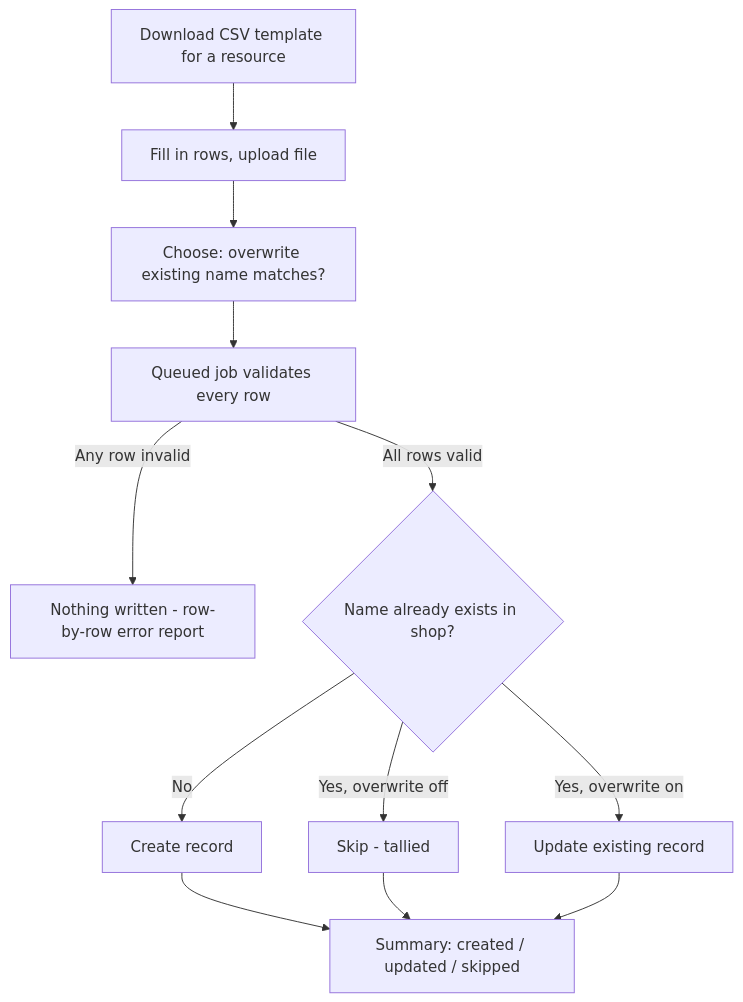
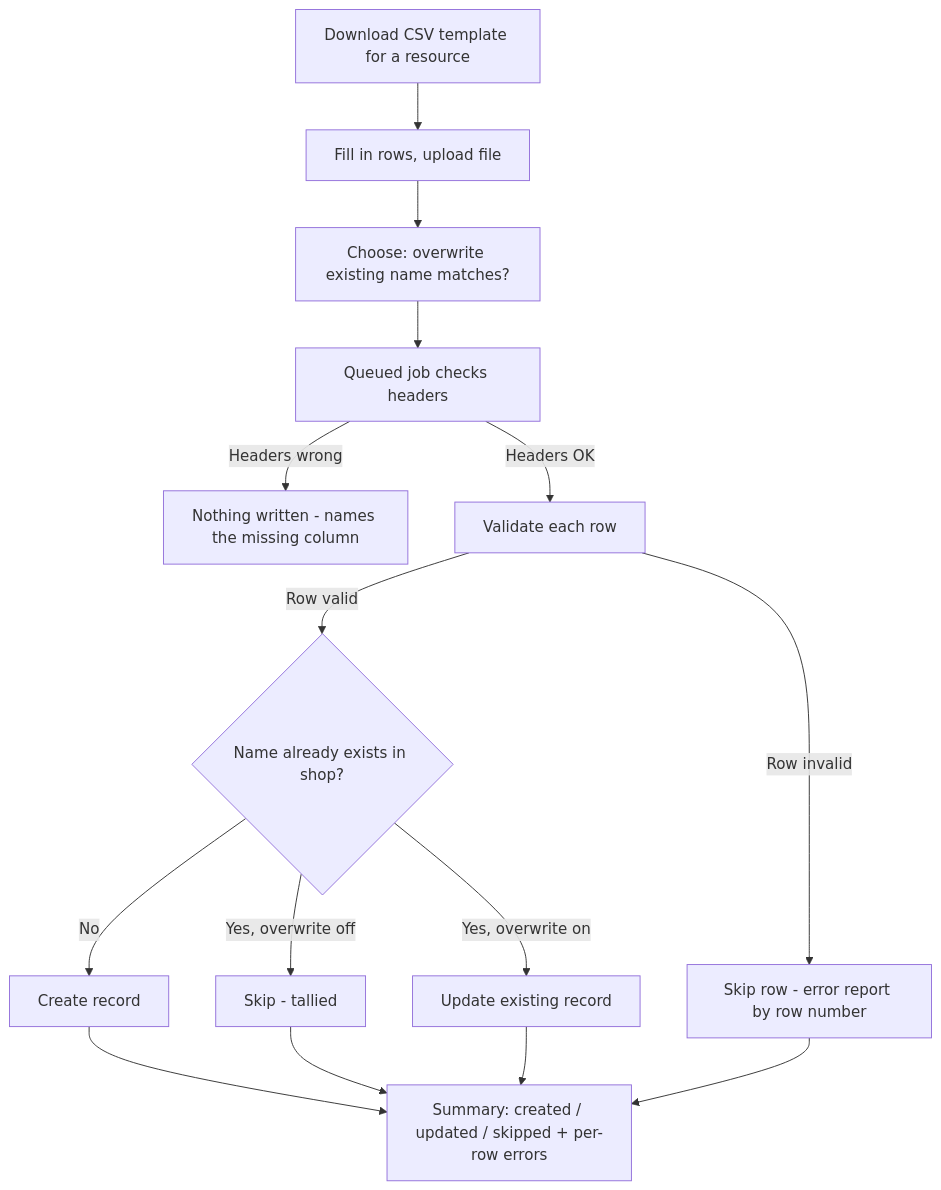
One commit to yapalexei/fab-shop changed the sixth of 6 diagrams in docs/product-desc.md. Above: the diagram before and after it, drawn with Mermaid. The commit also changed other lines of this file and 28 other files, not shown here.

````diff
--- a/docs/product-desc.md
+++ b/docs/product-desc.md
@@ -321,14 +312,17 @@
 ```mermaid
 flowchart TD
     A[Download CSV template for a resource] --> B[Fill in rows, upload file]
     B --> C[Choose: overwrite existing name matches?]
-    C --> D[Queued job validates every row]
-    D -->|Any row invalid| E[Nothing written - row-by-row error report]
-    D -->|All rows valid| F{Name already exists in shop?}
-    F -->|No| G[Create record]
-    F -->|Yes, overwrite off| H[Skip - tallied]
-    F -->|Yes, overwrite on| I[Update existing record]
-    G --> J[Summary: created / updated / skipped]
-    H --> J
-    I --> J
+    C --> D[Queued job checks headers]
+    D -->|Headers wrong| E[Nothing written - names the missing column]
+    D -->|Headers OK| F[Validate each row]
+    F -->|Row invalid| G[Skip row - error report by row number]
+    F -->|Row valid| H{Name already exists in shop?}
+    H -->|No| I[Create record]
+    H -->|Yes, overwrite off| J[Skip - tallied]
+    H -->|Yes, overwrite on| K[Update existing record]
+    I --> L[Summary: created / updated / skipped + per-row errors]
+    J --> L
+    K --> L
+    G --> L
 ```
````
